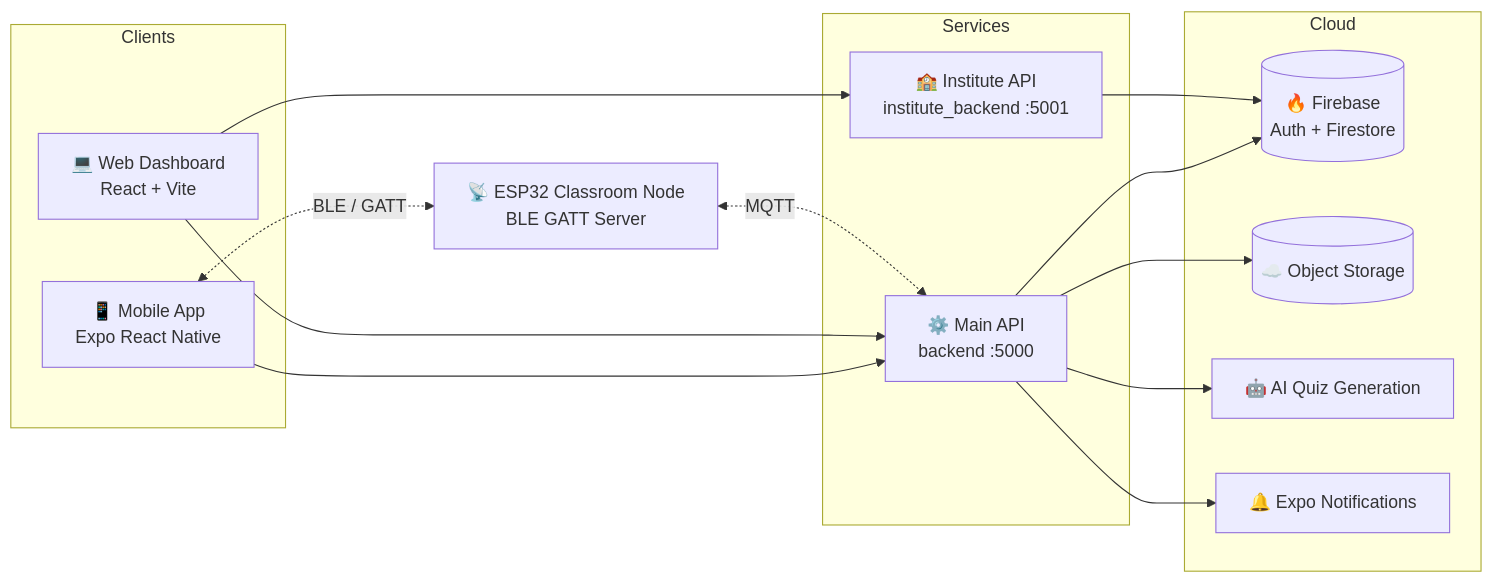
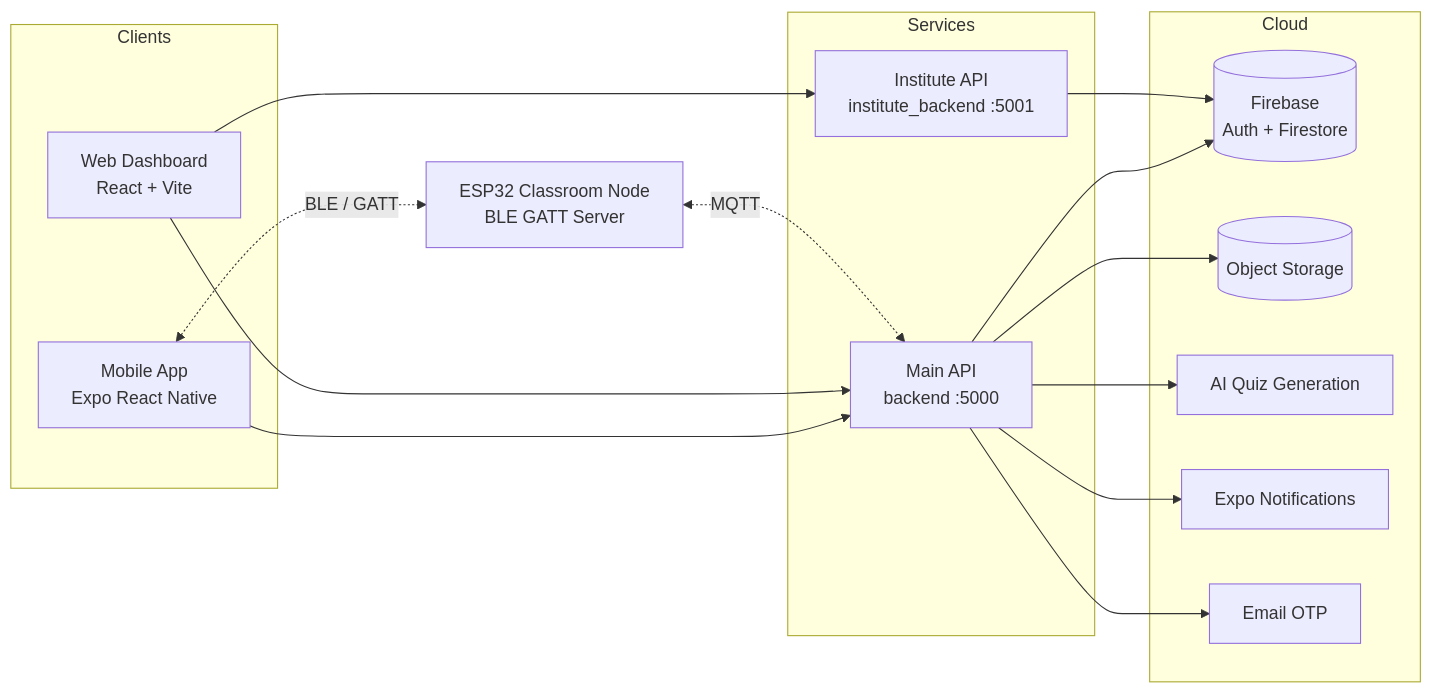
Before and after one commit to bhumit1204/presence-pro: the third of 3 diagrams in README.md, drawn with Mermaid. The commit also changed other lines of this file and 225 other files, not shown here.

````diff
--- a/README.md
+++ b/README.md
@@ -131,32 +155,34 @@
 ```mermaid
 flowchart LR
     subgraph Clients
-        M[📱 Mobile App<br/>Expo React Native]
-        W[💻 Web Dashboard<br/>React + Vite]
+        M[Mobile App<br/>Expo React Native]
+        W[Web Dashboard<br/>React + Vite]
     end
 
     subgraph Services
-        B[⚙️ Main API<br/>backend :5000]
-        I[🏫 Institute API<br/>institute_backend :5001]
+        B[Main API<br/>backend :5000]
+        I[Institute API<br/>institute_backend :5001]
     end
 
     subgraph Cloud
-        F[(🔥 Firebase<br/>Auth + Firestore)]
-        R[(☁️ Object Storage)]
-        AI[🤖 AI Quiz Generation]
-        X[🔔 Expo Notifications]
+        F[(Firebase<br/>Auth + Firestore)]
+        R[(Object Storage)]
+        AI[AI Quiz Generation]
+        X[Expo Notifications]
+        ML[Email OTP]
     end
 
-    D[📡 ESP32 Classroom Node<br/>BLE GATT Server]
+    D[ESP32 Classroom Node<br/>BLE GATT Server]
 
     M --> B
     W --> B
     W --> I
     B --> F
     I --> F
     B --> R
     B --> AI
     B --> X
+    B --> ML
     M <-. BLE / GATT .-> D
     D <-. MQTT .-> B
 ```
````
